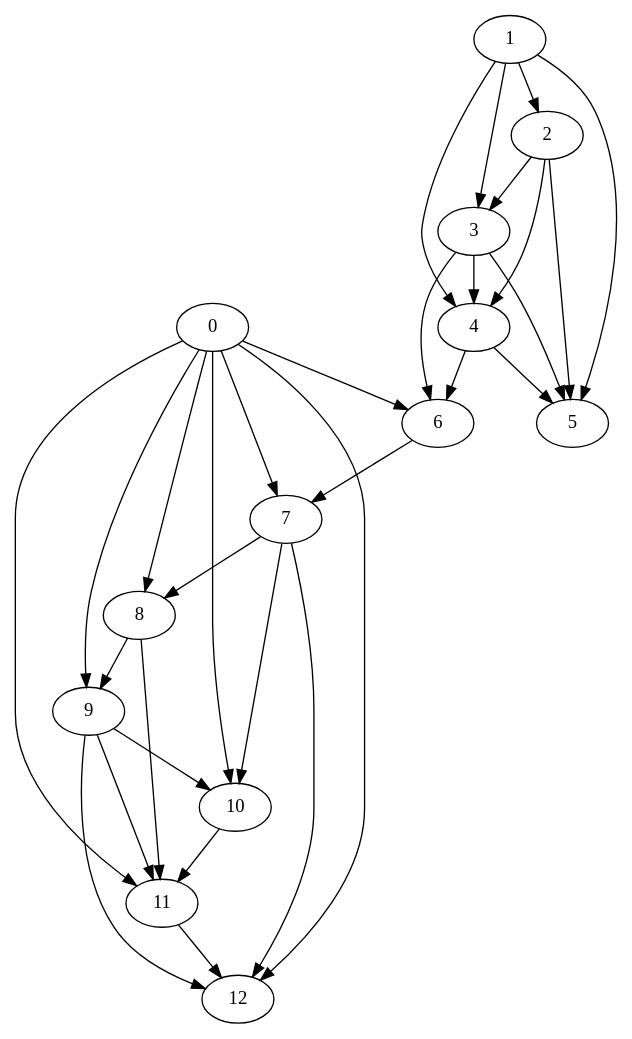
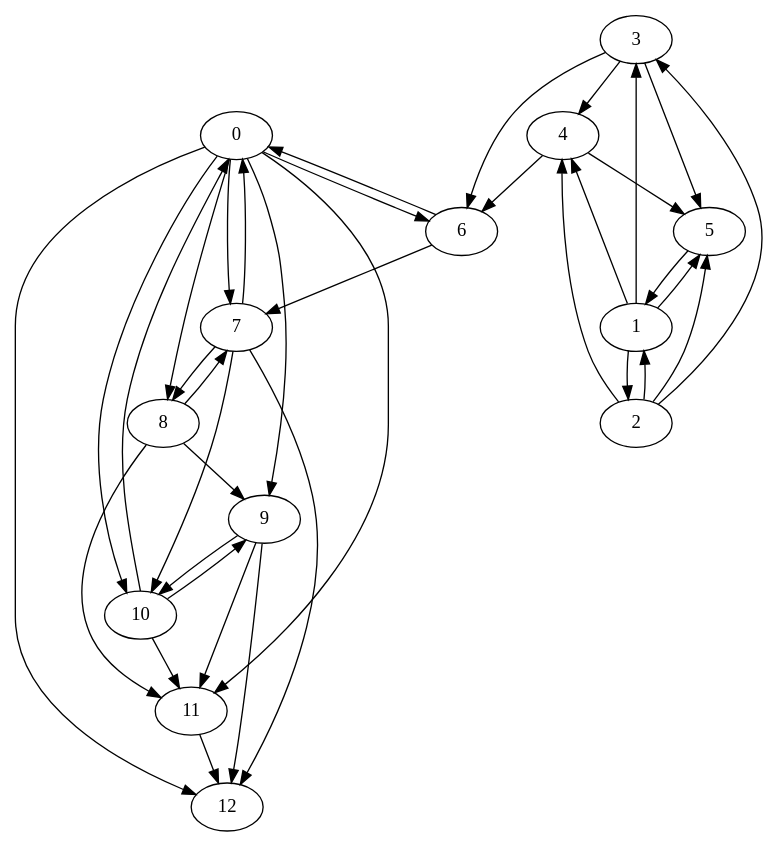
One commit to TimoSci/tidder changed the diagram in tidder-sinatra/lib/social.dot. Above: the diagram before and after it, drawn with Graphviz. The commit also changed 5 other files, not shown here.

```diff
--- a/tidder-sinatra/lib/social.dot
+++ b/tidder-sinatra/lib/social.dot
@@ -1,32 +1,39 @@
 digraph {
 0 -> 6
 0 -> 7
 0 -> 8
 0 -> 9
 0 -> 10
 0 -> 11
 0 -> 12
 1 -> 2
 1 -> 3
 1 -> 4
 1 -> 5
+2 -> 1
 2 -> 3
 2 -> 4
 2 -> 5
 3 -> 6
 3 -> 4
 3 -> 5
 4 -> 5
 4 -> 6
+5 -> 1
 6 -> 7
+6 -> 0
+7 -> 0
 7 -> 8
 7 -> 10
 7 -> 12
+8 -> 7
 8 -> 9
 8 -> 11
 9 -> 10
 9 -> 11
 9 -> 12
+10 -> 9
 10 -> 11
+10 -> 0
 11 -> 12
 }
```
